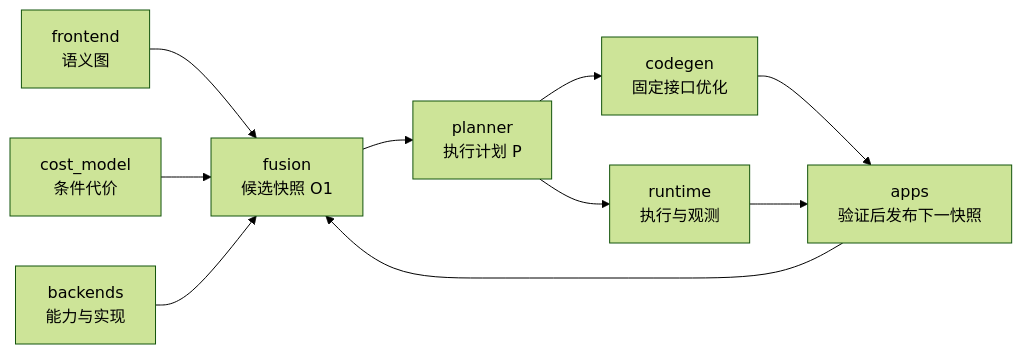
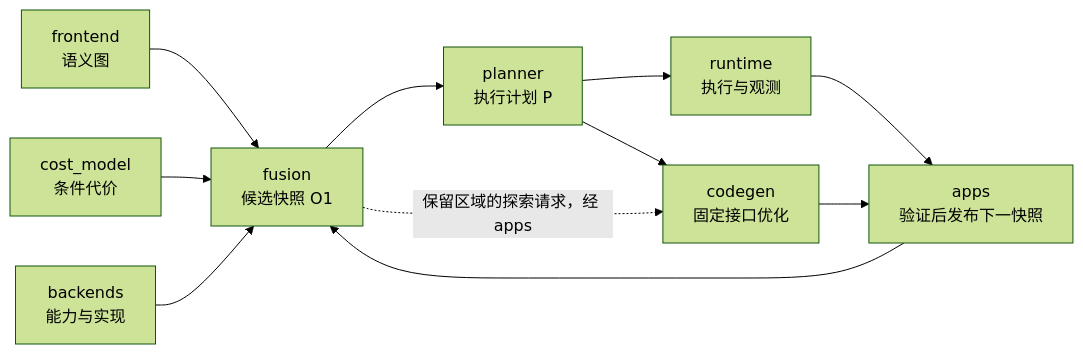
The diagram in docs/architecture/system.md (superHappy-yo/OpFusion), drawn with Mermaid (forest theme) before and after one commit. The commit also changed other lines of this file and 38 other files, not shown here.

````diff
--- a/docs/architecture/system.md
+++ b/docs/architecture/system.md
@@ -33,14 +35,15 @@
 ```mermaid
 flowchart LR
     accTitle: OpFusion Logical Processing Pipeline
     accDescr: 装配层组织模型导入、成本建模、融合、规划、执行和优化反馈，模块之间通过共享契约和注入端口协作。
     frontend["frontend<br/>语义图"] --> fusion["fusion<br/>候选快照 O1"]
     cost_model["cost_model<br/>条件代价"] --> fusion
     backends["backends<br/>能力与实现"] --> fusion
     fusion --> planner["planner<br/>执行计划 P"]
     planner --> runtime["runtime<br/>执行与观测"]
     planner --> codegen["codegen<br/>固定接口优化"]
+    fusion -. "保留区域的探索请求，经 apps" .-> codegen
     codegen --> next_snapshot["apps<br/>验证后发布下一快照"]
     runtime --> next_snapshot
     next_snapshot --> fusion
 ```
````
